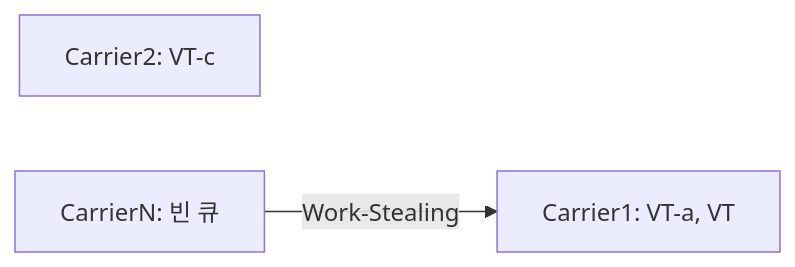
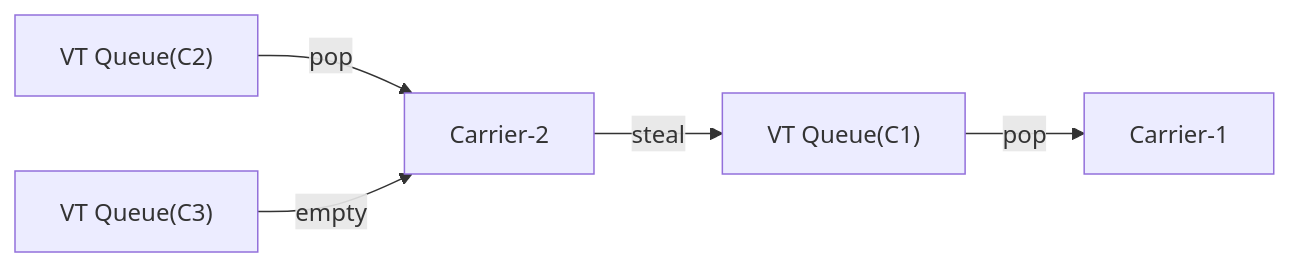
The second of 3 diagrams in _posts/java/2026-05-01-java-virtual-thread.md (yjkim2015/yjkim2015.github.io), drawn with Mermaid before and after one commit. The commit also changed other lines of this file and 4 other files, not shown here.

````diff
--- a/_posts/java/2026-05-01-java-virtual-thread.md
+++ b/_posts/java/2026-05-01-java-virtual-thread.md
@@ -139,7 +266,7 @@
 ```mermaid
 graph LR
-  C1["Carrier1: VT-a, VT"]
-  C2["Carrier2: VT-c"]
-  CN["CarrierN: 빈 큐"]
-  CN -->|Work-Stealing| C1
+    A["VT Queue(C1)"] -->|"pop"| B["Carrier-1"]
+    C["VT Queue(C2)"] -->|"pop"| D["Carrier-2"]
+    E["VT Queue(C3)"] -->|"empty"| D
+    D -->|"steal"| A
 ```
````
